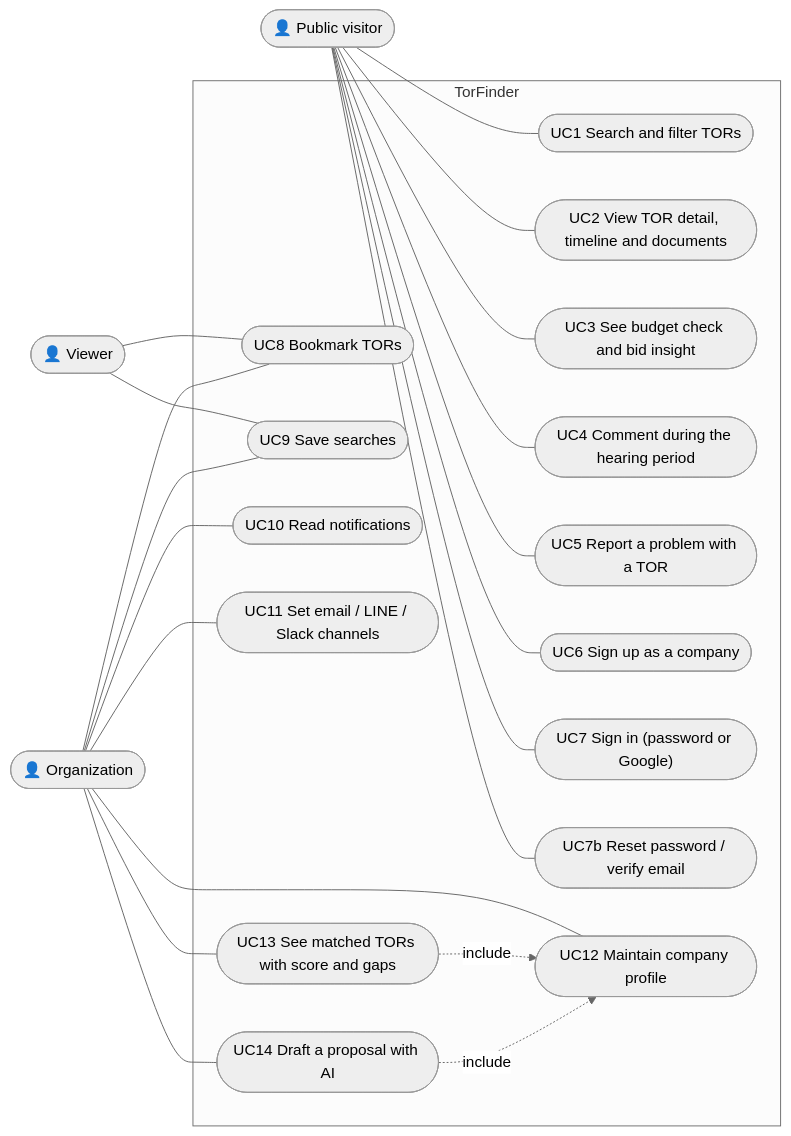
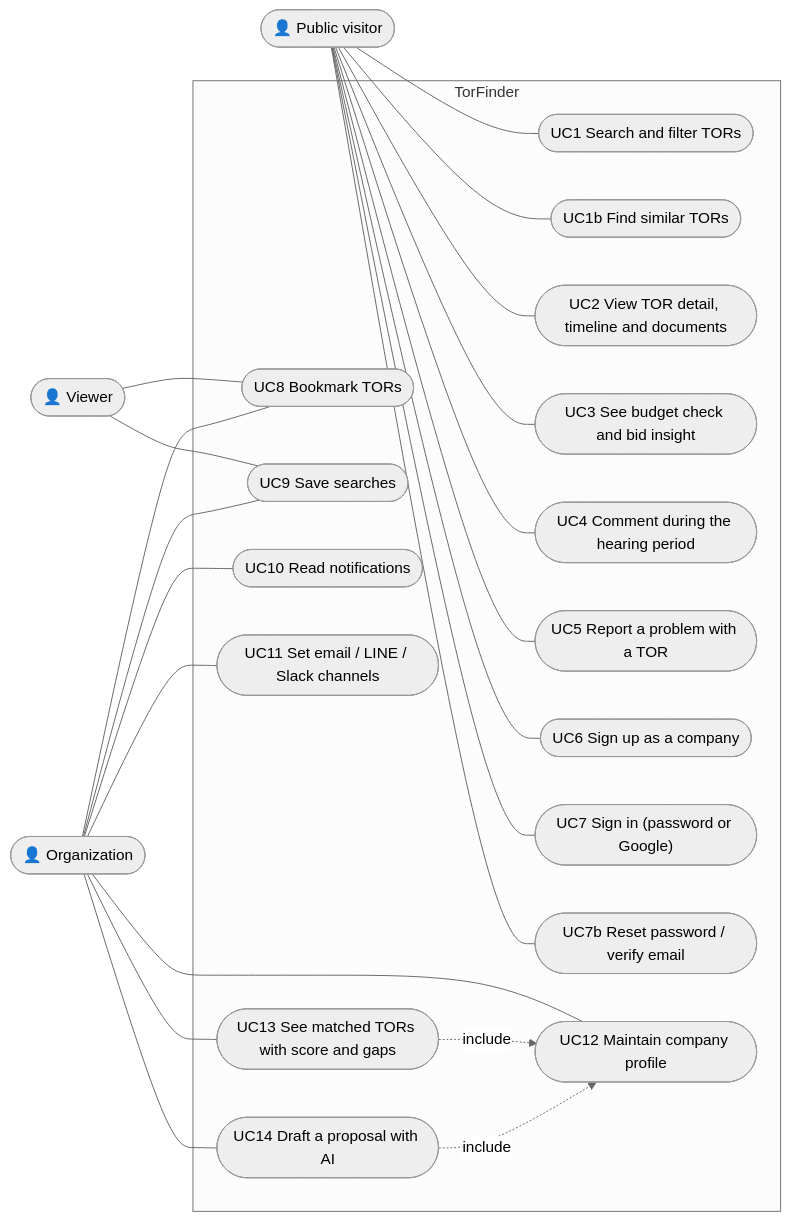
Before and after one commit to PhomMaiWai/TorFinder: the second of 4 diagrams in docs/design/use-case.md, drawn with Mermaid (neutral theme). The commit also changed other lines of this file and 5 other files, not shown here.

First line of the commit message:
docs: document find similar TORs

````diff
--- a/docs/design/use-case.md
+++ b/docs/design/use-case.md
@@ -46,30 +46,31 @@
 ```mermaid
 flowchart LR
     Public(["👤 Public visitor"])
     Viewer(["👤 Viewer"])
     Org(["👤 Organization"])
 
     subgraph TorFinder["TorFinder"]
         UC1(["UC1 Search and filter TORs"])
+        UC1b(["UC1b Find similar TORs"])
         UC2(["UC2 View TOR detail, timeline and documents"])
         UC3(["UC3 See budget check and bid insight"])
         UC4(["UC4 Comment during the hearing period"])
         UC5(["UC5 Report a problem with a TOR"])
         UC6(["UC6 Sign up as a company"])
         UC7(["UC7 Sign in (password or Google)"])
         UC7b(["UC7b Reset password / verify email"])
         UC8(["UC8 Bookmark TORs"])
         UC9(["UC9 Save searches"])
         UC10(["UC10 Read notifications"])
         UC11(["UC11 Set email / LINE / Slack channels"])
         UC12(["UC12 Maintain company profile"])
         UC13(["UC13 See matched TORs with score and gaps"])
         UC14(["UC14 Draft a proposal with AI"])
     end
 
-    Public --- UC1 & UC2 & UC3 & UC4 & UC5 & UC6 & UC7 & UC7b
+    Public --- UC1 & UC1b & UC2 & UC3 & UC4 & UC5 & UC6 & UC7 & UC7b
     Viewer --- UC8 & UC9
     Org --- UC8 & UC9 & UC10 & UC11 & UC12 & UC13 & UC14
     UC13 -. include .-> UC12
     UC14 -. include .-> UC12
 ```
````
